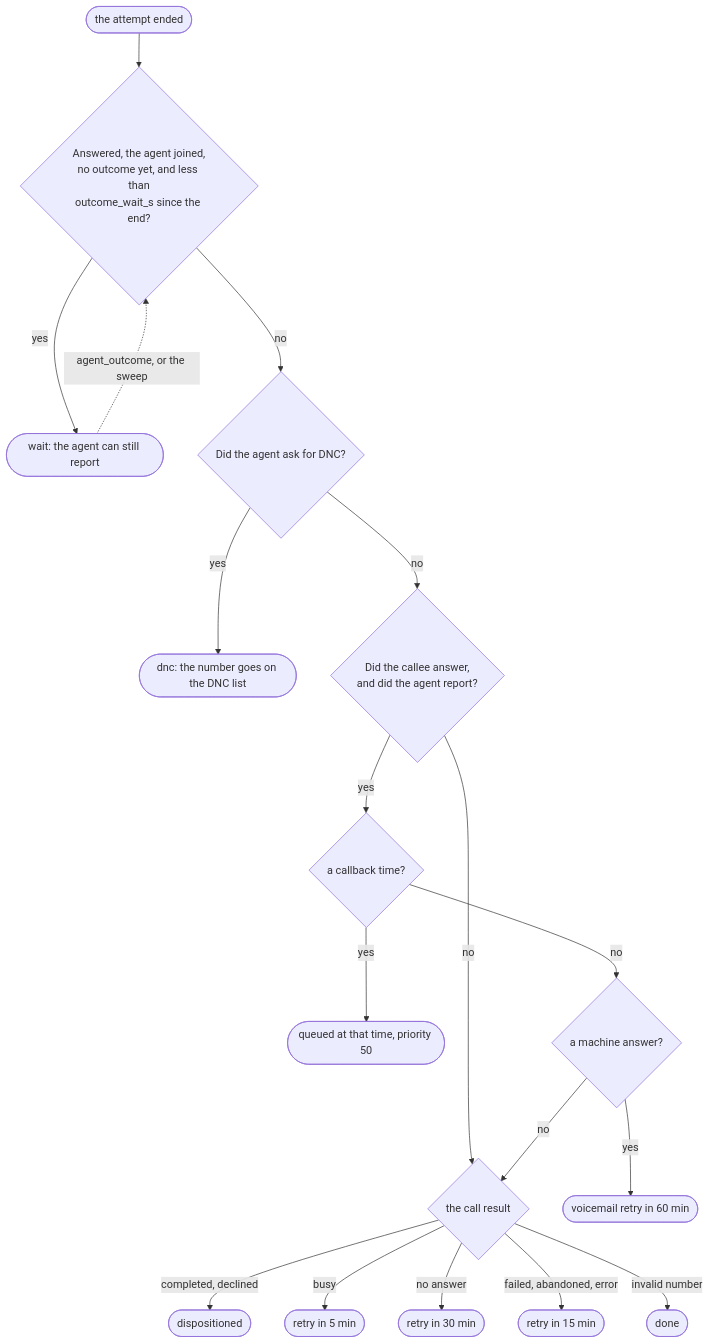
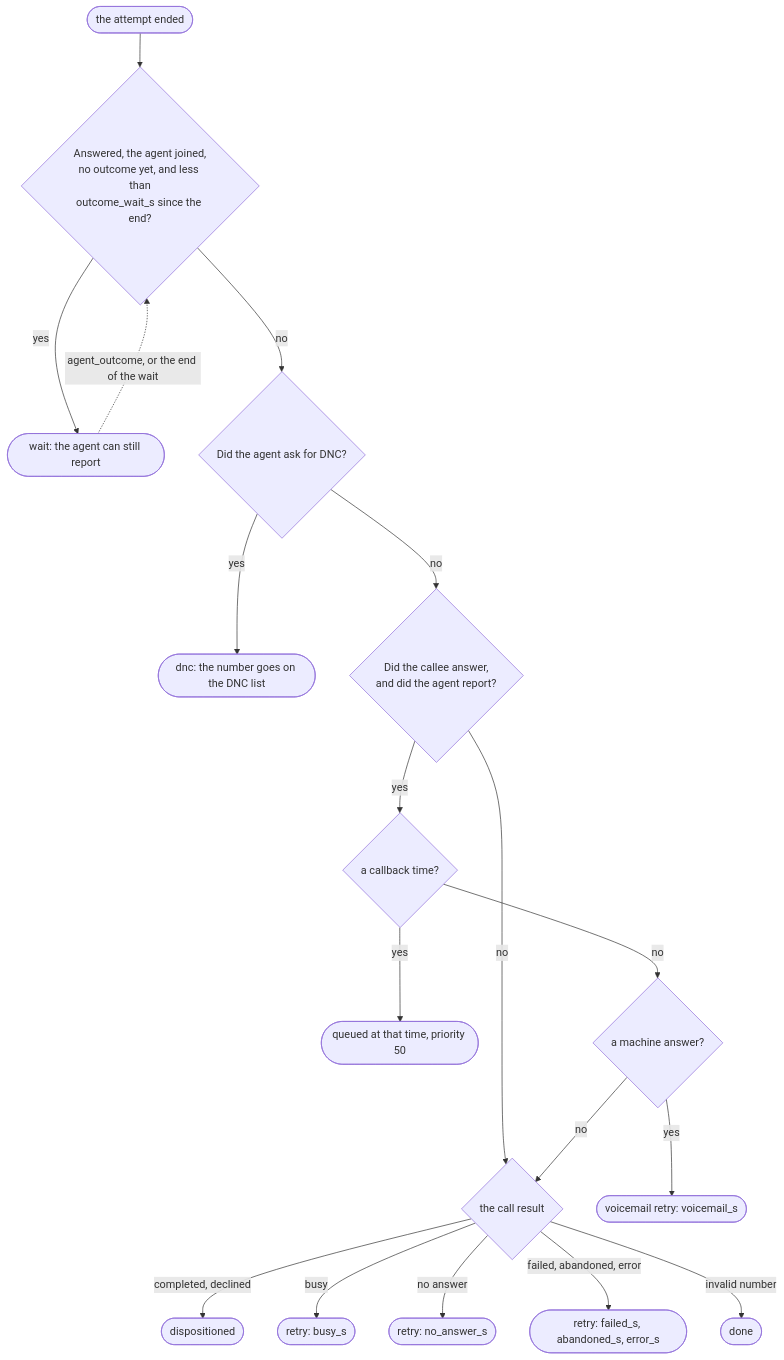
One commit to sandys/swarmpbx changed the seventh of 10 diagrams in README.md. Above: the diagram before and after it, drawn with Mermaid. The commit also changed other lines of this file and 84 other files, not shown here.

````diff
--- a/README.md
+++ b/README.md
@@ -284,20 +336,20 @@
 ```mermaid
 flowchart TD
     ended(["the attempt ended"]) --> waits{"Answered, the agent joined,<br/>no outcome yet, and less than<br/>outcome_wait_s since the end?"}
     waits -->|yes| wait(["wait: the agent can still report"])
-    wait -.->|"agent_outcome, or the sweep"| waits
+    wait -.->|"agent_outcome, or the end of the wait"| waits
     waits -->|no| dncq{"Did the agent ask for DNC?"}
     dncq -->|yes| dnc(["dnc: the number goes on the DNC list"])
     dncq -->|no| answered{"Did the callee answer,<br/>and did the agent report?"}
     answered -->|no| result{"the call result"}
     answered -->|yes| cb{"a callback time?"}
     cb -->|yes| queued(["queued at that time, priority 50"])
     cb -->|no| am{"a machine answer?"}
-    am -->|yes| vm(["voicemail retry in 60 min"])
+    am -->|yes| vm(["voicemail retry: voicemail_s"])
     am -->|no| result
     result -->|"completed, declined"| disp(["dispositioned"])
-    result -->|busy| r5(["retry in 5 min"])
-    result -->|"no answer"| r30(["retry in 30 min"])
-    result -->|"failed, abandoned, error"| r15(["retry in 15 min"])
+    result -->|busy| r5(["retry: busy_s"])
+    result -->|"no answer"| r30(["retry: no_answer_s"])
+    result -->|"failed, abandoned, error"| r15(["retry: failed_s, abandoned_s, error_s"])
     result -->|"invalid number"| done(["done"])
 ```
````
